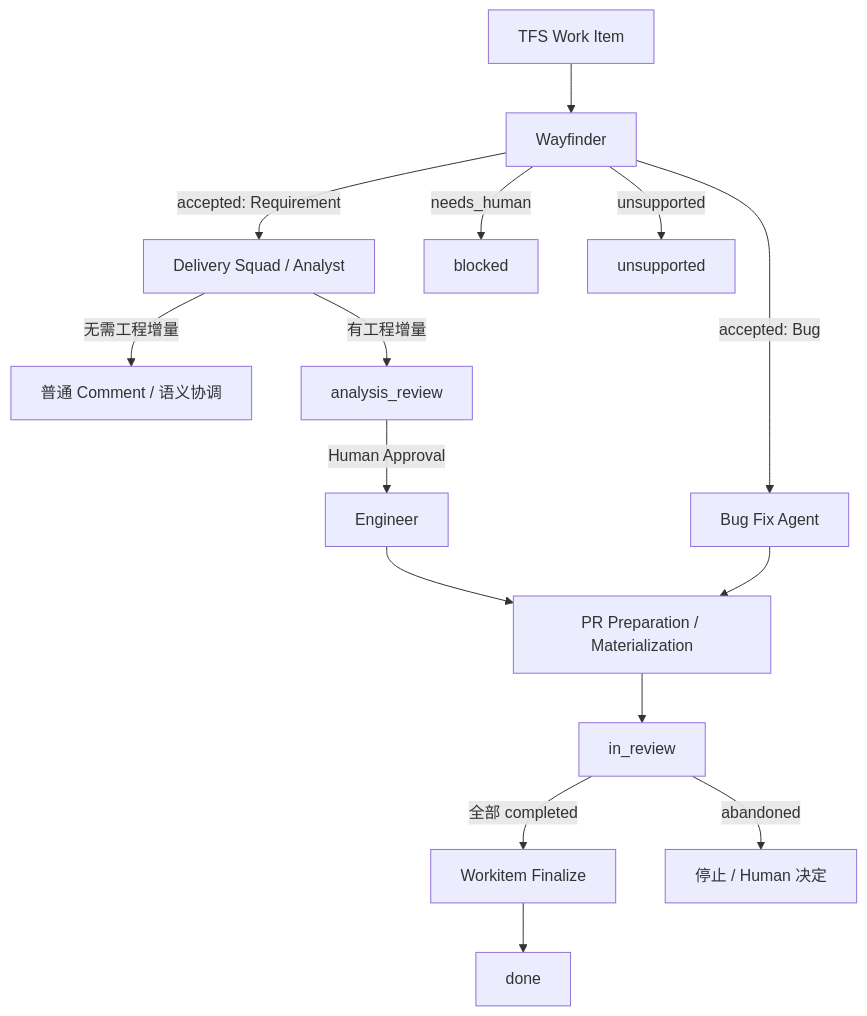
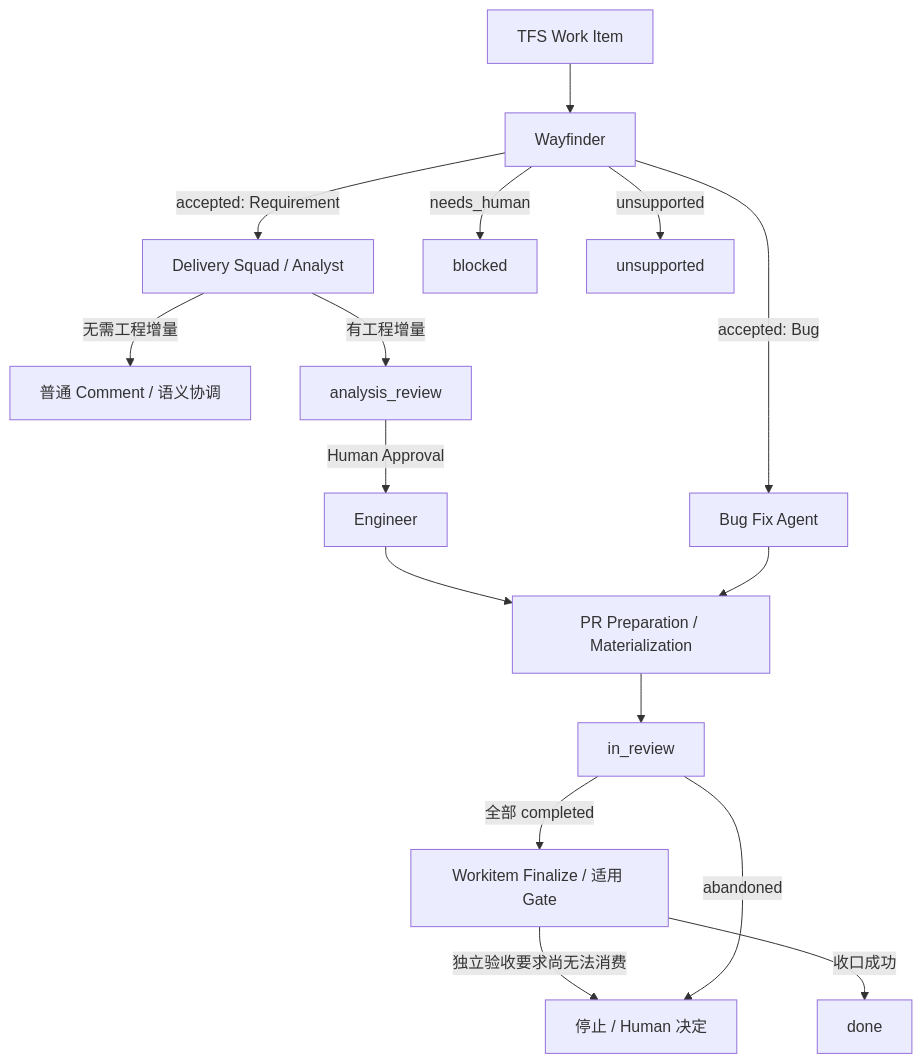
The diagram in 02-multica-delivery-lifecycle-design.md (lilei921/winning-platform-rondo), drawn with Mermaid before and after one commit. The commit also changed other lines of this file and 6 other files, not shown here.

````diff
--- a/02-multica-delivery-lifecycle-design.md
+++ b/02-multica-delivery-lifecycle-design.md
@@ -31,17 +31,18 @@
 ```mermaid
 flowchart TD
   T[TFS Work Item] --> W[Wayfinder]
   W -->|accepted: Bug| B[Bug Fix Agent]
   W -->|accepted: Requirement| A[Delivery Squad / Analyst]
   W -->|needs_human| H[blocked]
   W -->|unsupported| U[unsupported]
   A -->|无需工程增量| N[普通 Comment / 语义协调]
   A -->|有工程增量| R[analysis_review]
   R -->|Human Approval| E[Engineer]
   E --> P[PR Preparation / Materialization]
   B --> P
   P --> I[in_review]
-  I -->|全部 completed| F[Workitem Finalize]
+  I -->|全部 completed| F[Workitem Finalize / 适用 Gate]
+  F -->|独立验收要求尚无法消费| X
   I -->|abandoned| X[停止 / Human 决定]
-  F --> D[done]
+  F -->|收口成功| D[done]
 ```
````
